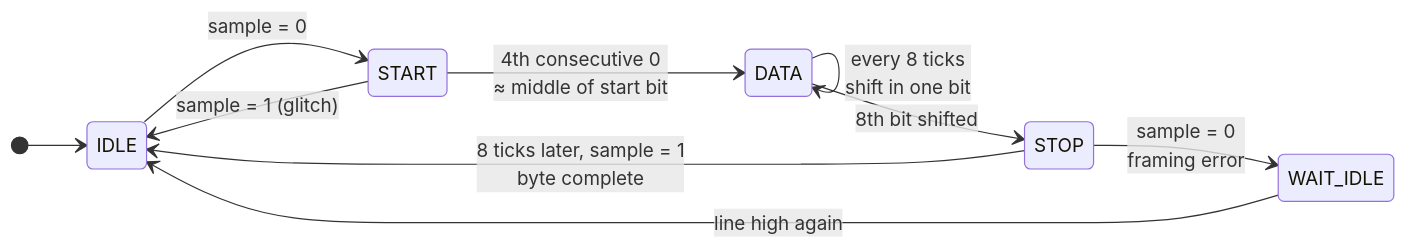
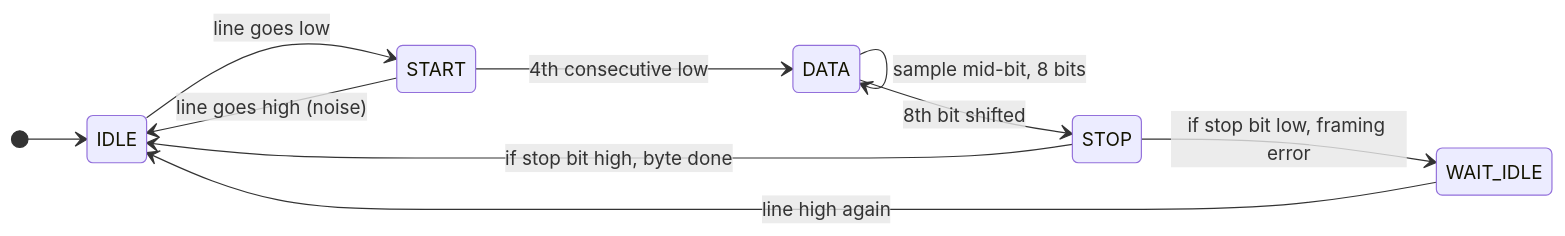
Before and after one commit to Onafuwadav/pulse-oximeter: the second of 2 diagrams in README.md, drawn with Mermaid. The commit also changed other lines of this file, not shown here.

````diff
--- a/README.md
+++ b/README.md
@@ -209,13 +143,13 @@
 ```mermaid
 stateDiagram-v2
-  direction LR
+direction LR
   [*] --> IDLE
-  IDLE --> START: sample = 0
-  START --> IDLE: sample = 1 (glitch)
-  START --> DATA: 4th consecutive 0<br/>≈ middle of start bit
-  DATA --> DATA: every 8 ticks<br/>shift in one bit
+  IDLE --> START: line goes low
+  START --> IDLE: line goes high (noise)
+  START --> DATA: 4th consecutive low
+  DATA --> DATA: sample mid-bit, 8 bits
   DATA --> STOP: 8th bit shifted
-  STOP --> IDLE: 8 ticks later, sample = 1<br/>byte complete
-  STOP --> WAIT_IDLE: sample = 0<br/>framing error
+  STOP --> IDLE: if stop bit high, byte done
+  STOP --> WAIT_IDLE: if stop bit low, framing error
   WAIT_IDLE --> IDLE: line high again
 ```
````
